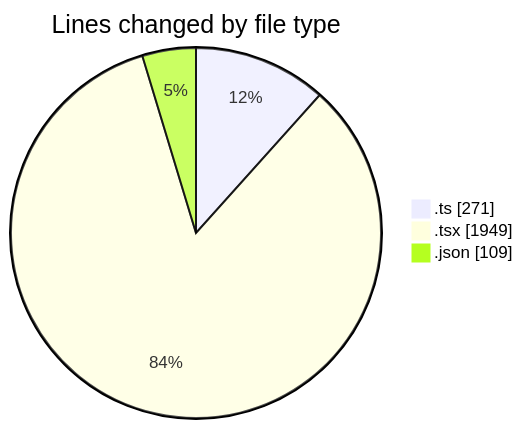
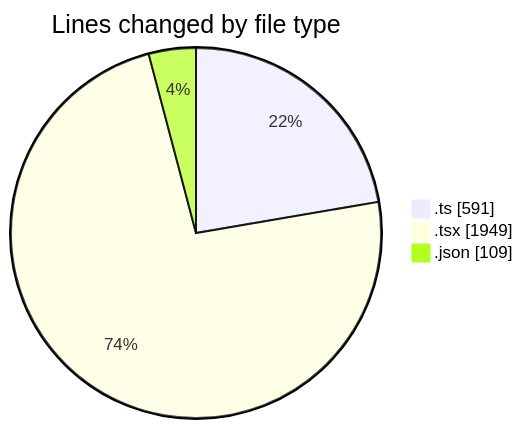
Before and after one commit to momahboobian/code-tracking: the first of 2 diagrams in 2025-07-04/cda/README.md, drawn with Mermaid. The commit also changed other lines of this file and 1 other file, not shown here.

````diff
--- a/2025-07-04/cda/README.md
+++ b/2025-07-04/cda/README.md
@@ -28,7 +28,7 @@
 ```mermaid
 pie showData
 title Lines changed by file type
-".ts" : 271
+".ts" : 591
 ".tsx" : 1949
 ".json" : 109
 ```
````
